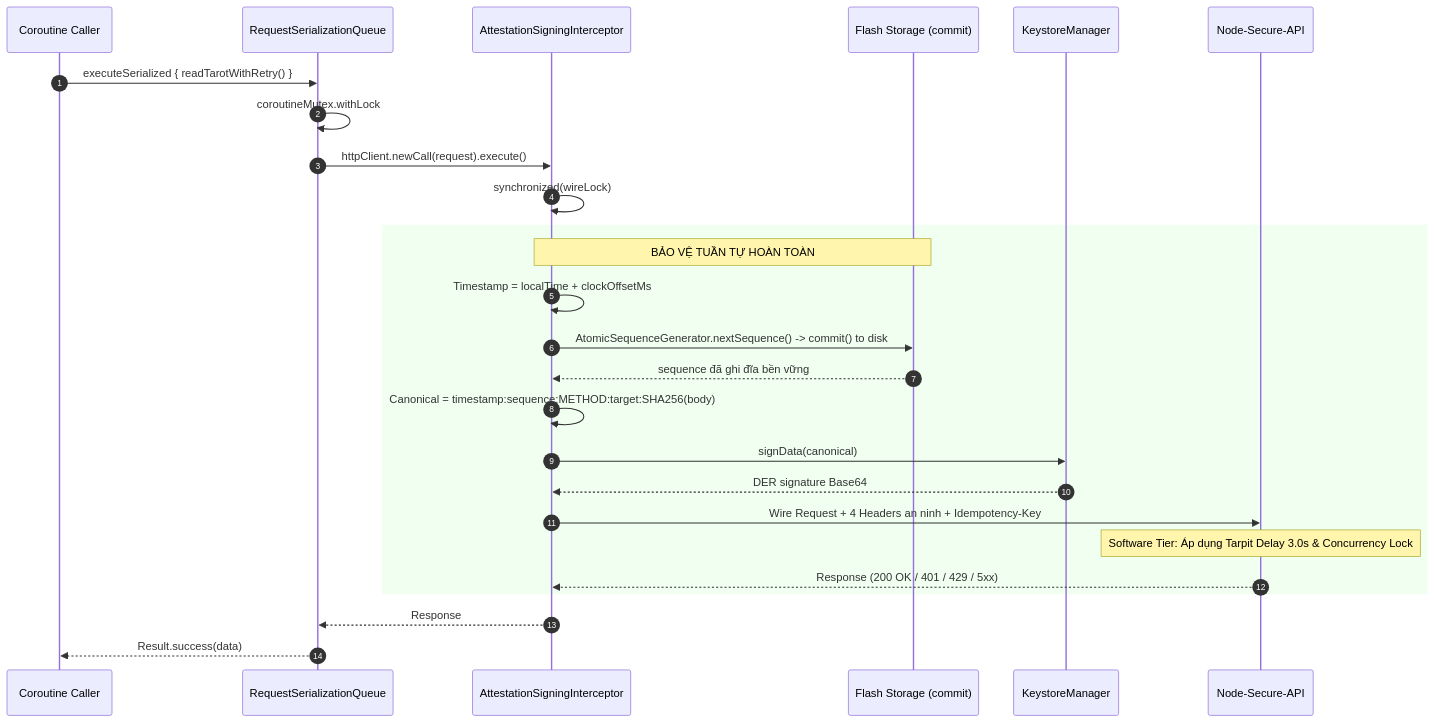
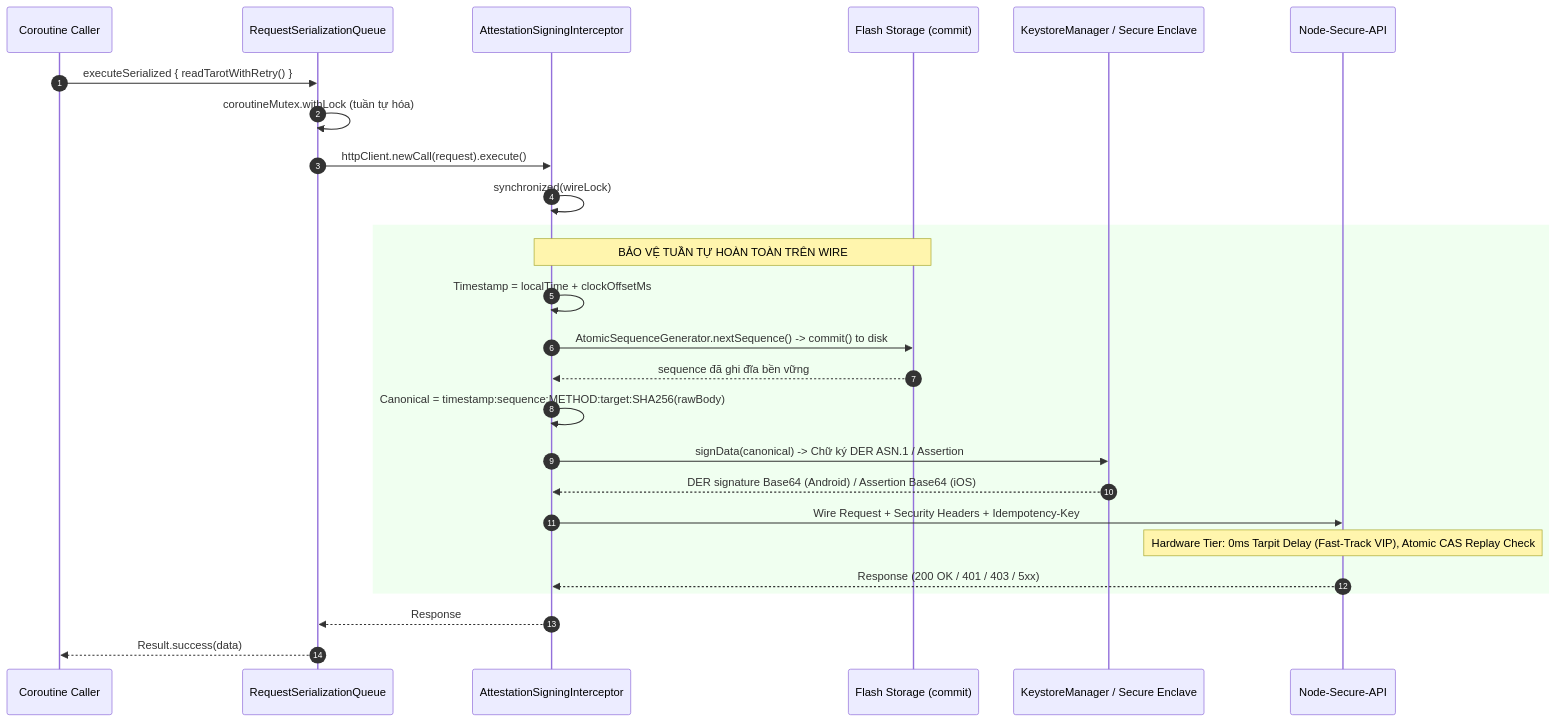
The third of 4 diagrams in docs/CLIENT_INTEGRATION_GUIDE.md (hungvvinfinity/Node-Secure-API), drawn with Mermaid before and after one commit. The commit also changed other lines of this file, not shown here.

Commit message:
docs: update client integration guide with hardware-only test matrix and disable software tier

````diff
--- a/docs/CLIENT_INTEGRATION_GUIDE.md
+++ b/docs/CLIENT_INTEGRATION_GUIDE.md
@@ -1160,31 +1181,31 @@
 ```mermaid
 sequenceDiagram
     autonumber
     participant Caller as Coroutine Caller
     participant Queue as RequestSerializationQueue
     participant Interceptor as AttestationSigningInterceptor
     participant Disk as Flash Storage (commit)
-    participant KeyStore as KeystoreManager
+    participant KeyStore as KeystoreManager / Secure Enclave
     participant Server as Node-Secure-API
 
     Caller->>Queue: executeSerialized { readTarotWithRetry() }
-    Queue->>Queue: coroutineMutex.withLock
+    Queue->>Queue: coroutineMutex.withLock (tuần tự hóa)
     Queue->>Interceptor: httpClient.newCall(request).execute()
     Interceptor->>Interceptor: synchronized(wireLock)
     
     rect rgb(240, 255, 240)
-        note over Interceptor,Disk: BẢO VỆ TUẦN TỰ HOÀN TOÀN
+        note over Interceptor,Disk: BẢO VỆ TUẦN TỰ HOÀN TOÀN TRÊN WIRE
         Interceptor->>Interceptor: Timestamp = localTime + clockOffsetMs
         Interceptor->>Disk: AtomicSequenceGenerator.nextSequence() -> commit() to disk
         Disk-->>Interceptor: sequence đã ghi đĩa bền vững
-        Interceptor->>Interceptor: Canonical = timestamp:sequence:METHOD:target:SHA256(body)
-        Interceptor->>KeyStore: signData(canonical)
-        KeyStore-->>Interceptor: DER signature Base64
-        Interceptor->>Server: Wire Request + 4 Headers an ninh + Idempotency-Key
-        note over Server: Software Tier: Áp dụng Tarpit Delay 3.0s & Concurrency Lock
-        Server-->>Interceptor: Response (200 OK / 401 / 429 / 5xx)
+        Interceptor->>Interceptor: Canonical = timestamp:sequence:METHOD:target:SHA256(rawBody)
+        Interceptor->>KeyStore: signData(canonical) -> Chữ ký DER ASN.1 / Assertion
+        KeyStore-->>Interceptor: DER signature Base64 (Android) / Assertion Base64 (iOS)
+        Interceptor->>Server: Wire Request + Security Headers + Idempotency-Key
+        note over Server: Hardware Tier: 0ms Tarpit Delay (Fast-Track VIP), Atomic CAS Replay Check
+        Server-->>Interceptor: Response (200 OK / 401 / 403 / 5xx)
     end
     
     Interceptor-->>Queue: Response
     Queue-->>Caller: Result.success(data)
 ```
````
